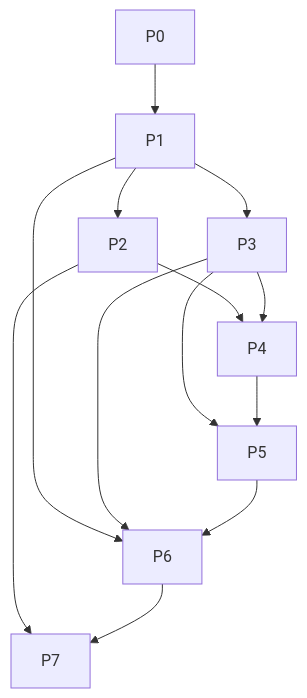
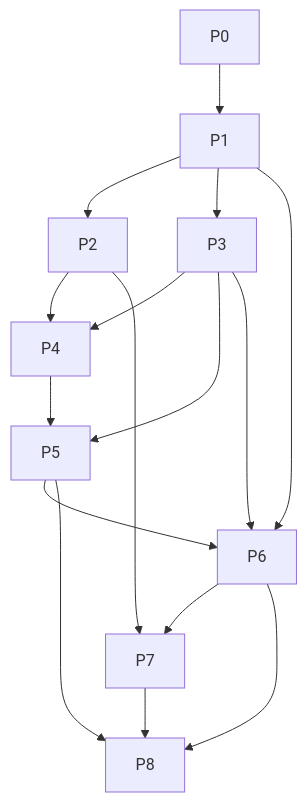
The diagram in documents/tasks.md (yeonsu0224/lol-team-gab), drawn with Mermaid before and after one commit. The commit also changed other lines of this file and 174 other files, not shown here.

````diff
--- a/documents/tasks.md
+++ b/documents/tasks.md
@@ -959,15 +1165,18 @@
 ```mermaid
 flowchart TD
   P0 --> P1
   P1 --> P2
   P1 --> P3
   P2 --> P4
   P3 --> P4
   P3 --> P5
   P4 --> P5
   P1 --> P6
   P3 --> P6
   P5 --> P6
   P2 --> P7
   P6 --> P7
+  P5 --> P8
+  P6 --> P8
+  P7 --> P8
 ```
````
